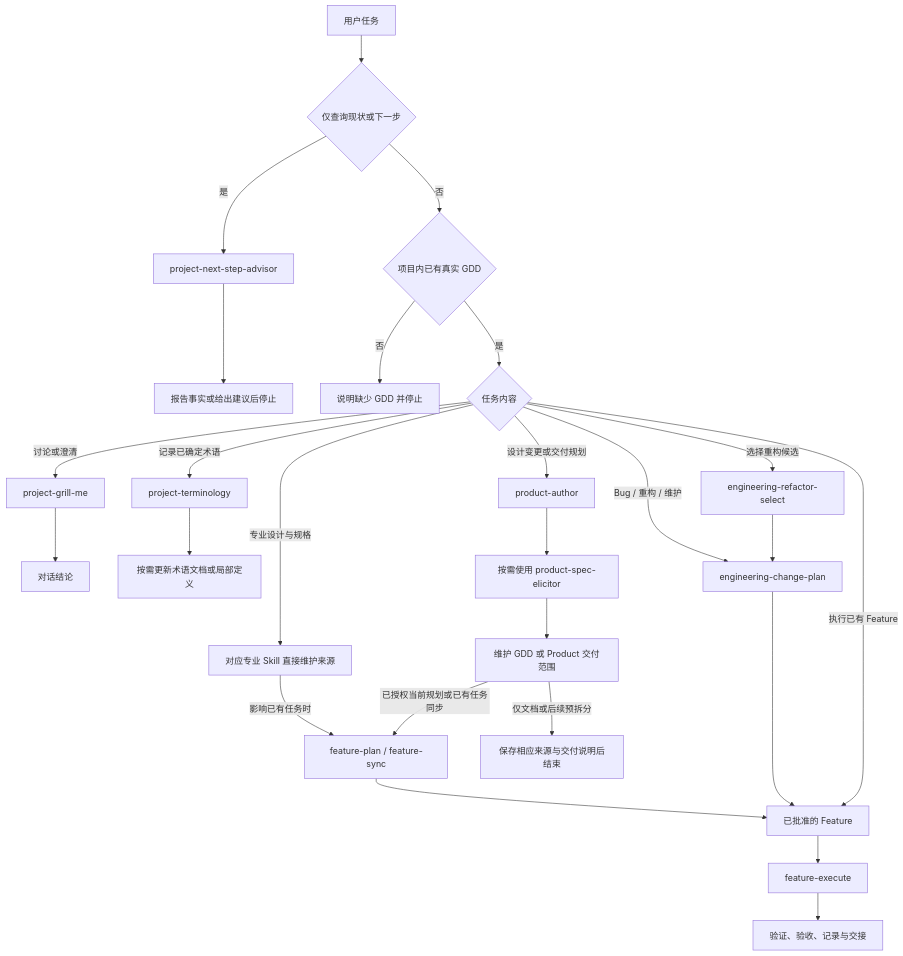
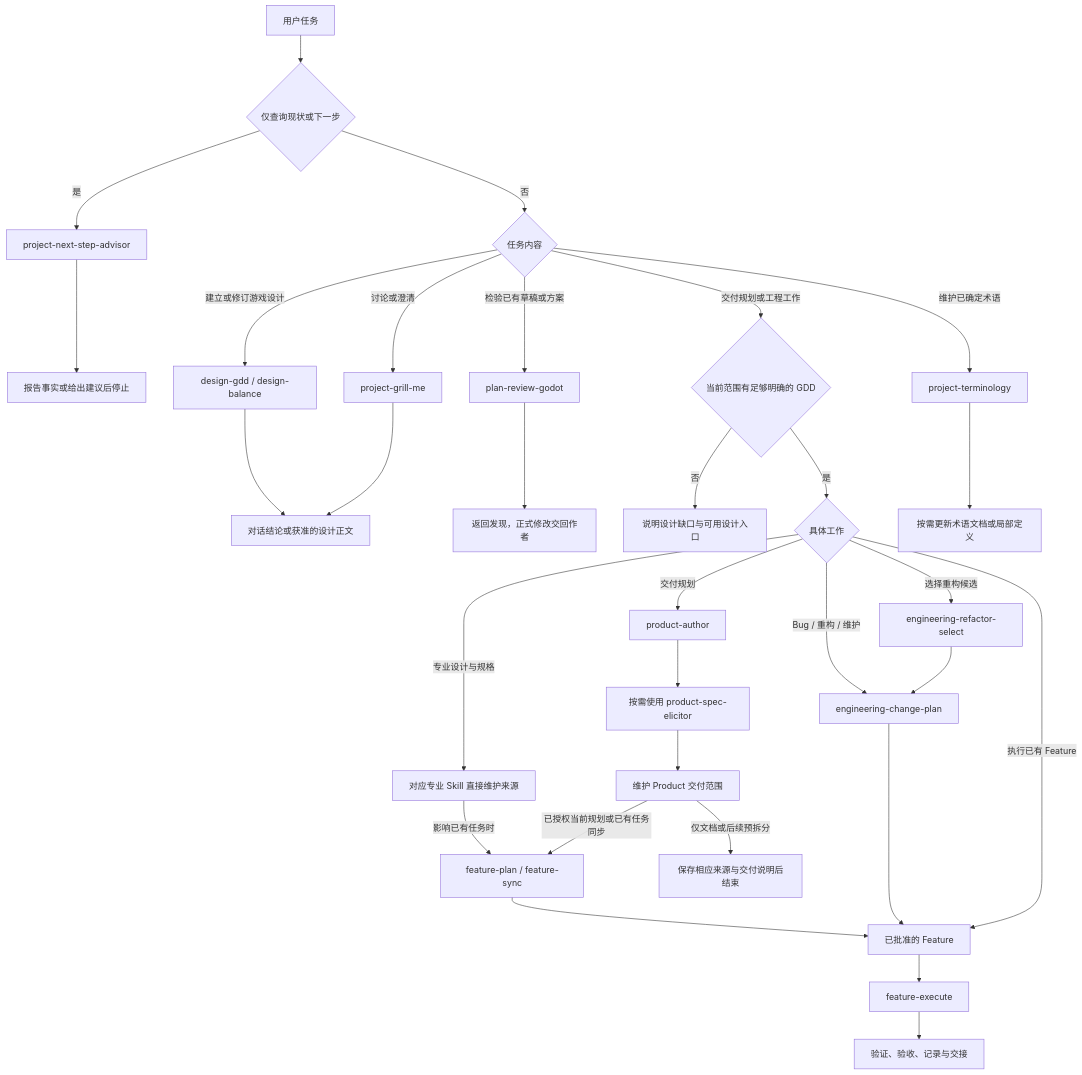
The first of 2 diagrams in project-source/Project_README.md (yxy823/Game_idle_yaya_frame), drawn with Mermaid before and after one commit. The commit also changed other lines of this file and 69 other files, not shown here.

````diff
--- a/project-source/Project_README.md
+++ b/project-source/Project_README.md
@@ -100,28 +103,33 @@
 ```mermaid
 flowchart TD
     U[用户任务] --> SQ{仅查询现状或下一步}
     SQ -->|是| A[project-next-step-advisor]
     A --> H[报告事实或给出建议后停止]
-    SQ -->|否| G{项目内已有真实 GDD}
-    G -->|否| Z[说明缺少 GDD 并停止]
-    G -->|是| Q{任务内容}
+    SQ -->|否| Q{任务内容}
+    Q -->|建立或修订游戏设计| GD[design-gdd / design-balance]
+    GD --> O[对话结论或获准的设计正文]
+    Q -->|检验已有草稿或方案| RV[plan-review-godot]
+    RV --> RF[返回发现，正式修改交回作者]
     Q -->|讨论或澄清| C[project-grill-me]
-    C --> O[对话结论]
-    Q -->|记录已确定术语| T[project-terminology]
+    C --> O
+    Q -->|交付规划或工程工作| G{当前范围有足够明确的 GDD}
+    G -->|否| Z[说明设计缺口与可用设计入口]
+    G -->|是| W{具体工作}
+    Q -->|维护已确定术语| T[project-terminology]
     T --> K[按需更新术语文档或局部定义]
-    Q -->|设计变更或交付规划| P[product-author]
+    W -->|交付规划| P[product-author]
     P --> I[按需使用 product-spec-elicitor]
-    I --> D[维护 GDD 或 Product 交付范围]
-    Q -->|专业设计与规格| V[对应专业 Skill 直接维护来源]
+    I --> D[维护 Product 交付范围]
+    W -->|专业设计与规格| V[对应专业 Skill 直接维护来源]
     V -->|影响已有任务时| L
     D -->|已授权当前规划或已有任务同步| L[feature-plan / feature-sync]
     D -->|仅文档或后续预拆分| B[保存相应来源与交付说明后结束]
-    Q -->|Bug / 重构 / 维护| E[engineering-change-plan]
-    Q -->|选择重构候选| S[engineering-refactor-select]
+    W -->|Bug / 重构 / 维护| E[engineering-change-plan]
+    W -->|选择重构候选| S[engineering-refactor-select]
     S --> E
     L --> F[已批准的 Feature]
     E --> F
-    Q -->|执行已有 Feature| F
+    W -->|执行已有 Feature| F
     F --> X[feature-execute]
     X --> R[验证、验收、记录与交接]
 ```
````
